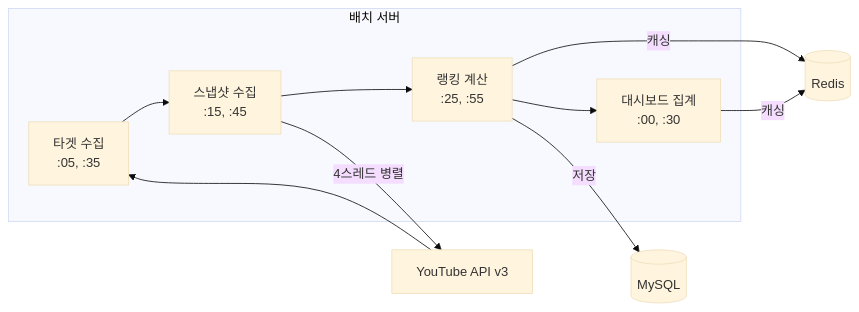
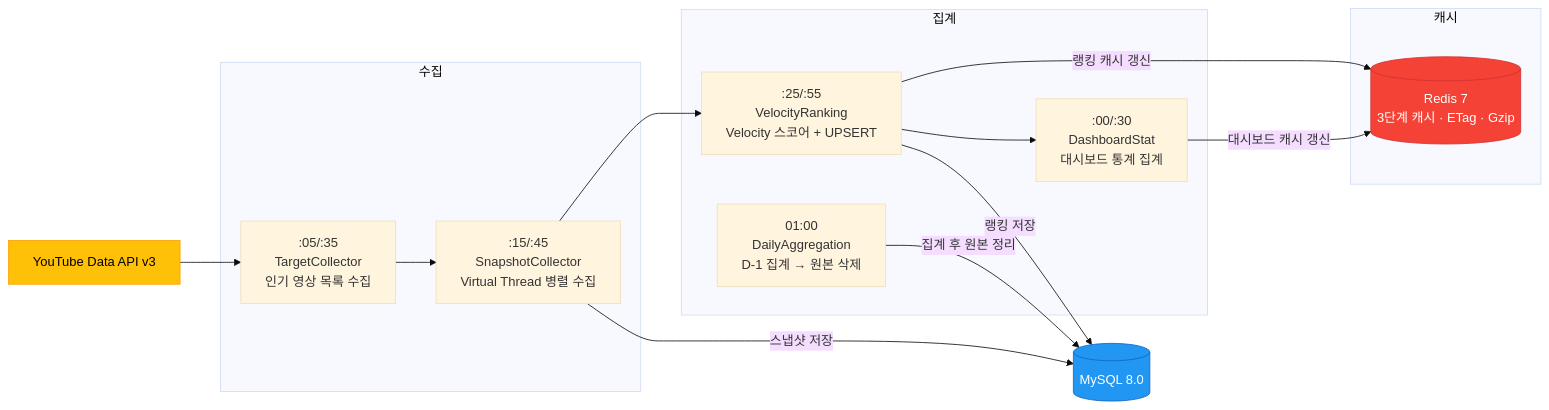
The second of 2 diagrams in README.md (dakcoh/tubeten), drawn with Mermaid (base theme) before and after one commit. The commit also changed other lines of this file, not shown here.

````diff
--- a/README.md
+++ b/README.md
@@ -143,15 +143,30 @@
 ```mermaid
 flowchart LR
-    subgraph Batch["배치 서버"]
-        S1["타겟 수집<br/>:05, :35"]
-        S2["스냅샷 수집<br/>:15, :45"]
-        S3["랭킹 계산<br/>:25, :55"]
-        S4["대시보드 집계<br/>:00, :30"]
+    YT[YouTube Data API v3]
+
+    subgraph Collect["수집"]
+        S1[":05/:35<br/>TargetCollector<br/>인기 영상 목록 수집"]
+        S2[":15/:45<br/>SnapshotCollector<br/>Virtual Thread 병렬 수집"]
     end
-    
-    YT[YouTube API v3] --> S1 --> S2 --> S3 --> S4
-    S2 -->|4스레드 병렬| YT
-    S3 -->|캐싱| Redis[(Redis)]
-    S4 -->|캐싱| Redis
-    S3 -->|저장| MySQL[(MySQL)]
+
+    subgraph Aggregate["집계"]
+        S3[":25/:55<br/>VelocityRanking<br/>Velocity 스코어 + UPSERT"]
+        S4[":00/:30<br/>DashboardStat<br/>대시보드 통계 집계"]
+        S5["01:00<br/>DailyAggregation<br/>D-1 집계 → 원본 삭제"]
+    end
+
+    subgraph Cache["캐시"]
+        Redis[(Redis 7<br/>3단계 캐시 · ETag · Gzip)]
+    end
+
+    YT --> S1 --> S2 --> S3 --> S4
+    S3 -->|랭킹 캐시 갱신| Redis
+    S4 -->|대시보드 캐시 갱신| Redis
+    S2 -->|스냅샷 저장| MySQL[(MySQL 8.0)]
+    S3 -->|랭킹 저장| MySQL
+    S5 -->|집계 후 원본 정리| MySQL
+
+    style YT fill:#FFC107,stroke:#FFA000,color:#000
+    style Redis fill:#F44336,stroke:#D32F2F,color:#fff
+    style MySQL fill:#2196F3,stroke:#1565C0,color:#fff
 ```
````
